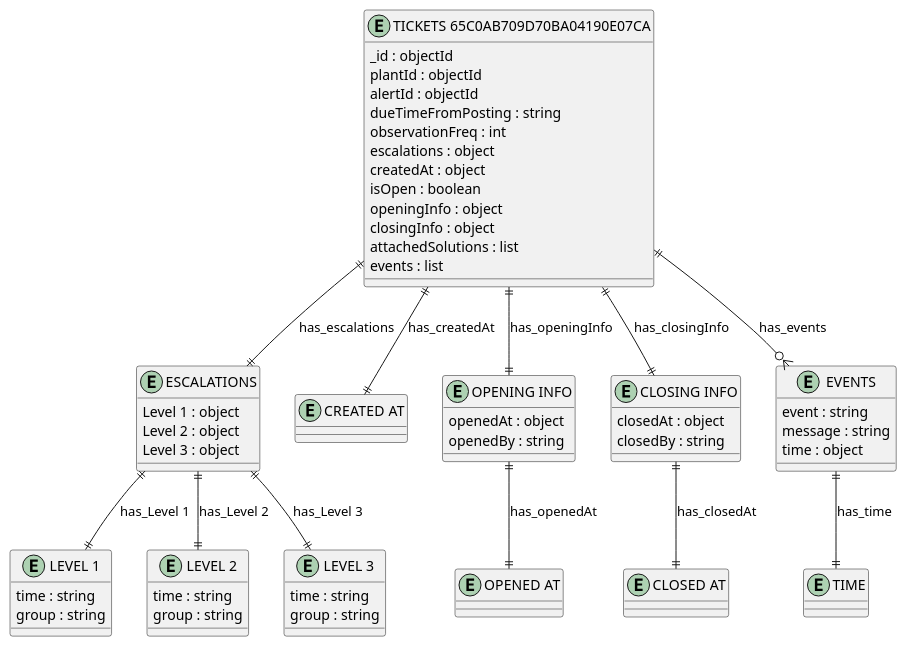
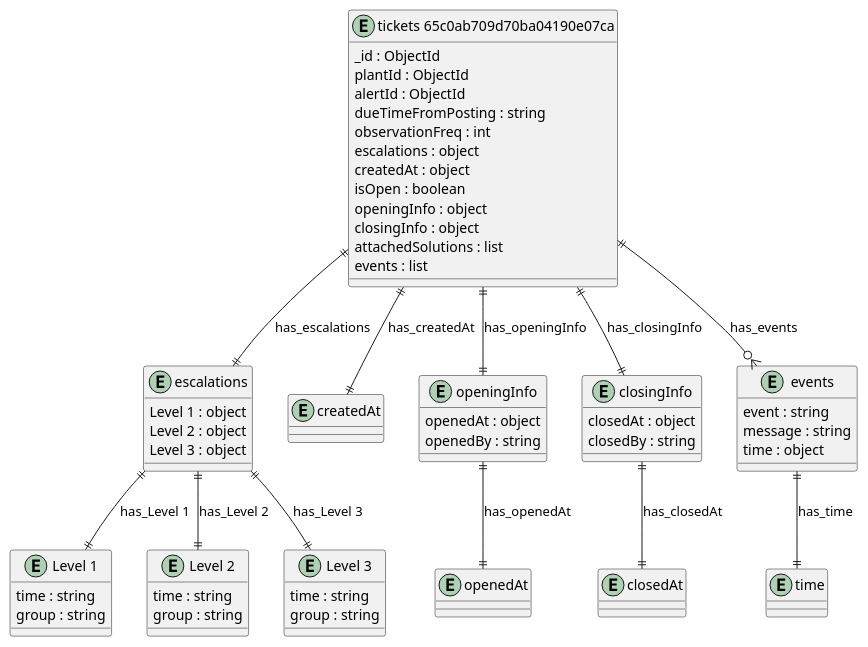
One commit to DigitalPaani/DigitalPaani_ERD changed the diagram in erd_output/TICKETS_65C0AB709D70BA04190E07CA.puml. Above: the diagram before and after it, drawn with PlantUML. The commit also changed 274 other files, not shown here.

Commit message:
fix: updated diagram and script

```diff
--- a/erd_output/TICKETS_65C0AB709D70BA04190E07CA.puml
+++ b/erd_output/TICKETS_65C0AB709D70BA04190E07CA.puml
@@ -1,79 +1,79 @@
-@startuml TICKETS_65C0AB709D70BA04190E07CA_Diagram
+@startuml tickets_65c0ab709d70ba04190e07ca_Diagram
 
-entity "TICKETS 65C0AB709D70BA04190E07CA" as TICKETS_65C0AB709D70BA04190E07CA {
-  _id : objectId
-  plantId : objectId
-  alertId : objectId
+entity "tickets 65c0ab709d70ba04190e07ca" as tickets_65c0ab709d70ba04190e07ca {
+  _id : ObjectId
+  plantId : ObjectId
+  alertId : ObjectId
   dueTimeFromPosting : string
   observationFreq : int
   escalations : object
   createdAt : object
   isOpen : boolean
   openingInfo : object
   closingInfo : object
   attachedSolutions : list
   events : list
 }
 
-entity "ESCALATIONS" as ESCALATIONS {
+entity "escalations" as escalations {
   Level 1 : object
   Level 2 : object
   Level 3 : object
 }
 
-entity "LEVEL 1" as LEVEL_1 {
+entity "Level 1" as Level_1 {
   time : string
   group : string
 }
 
-entity "LEVEL 2" as LEVEL_2 {
+entity "Level 2" as Level_2 {
   time : string
   group : string
 }
 
-entity "LEVEL 3" as LEVEL_3 {
+entity "Level 3" as Level_3 {
   time : string
   group : string
 }
 
-entity "CREATED AT" as CREATED_AT {
+entity "createdAt" as createdAt {
 }
 
-entity "OPENING INFO" as OPENING_INFO {
+entity "openingInfo" as openingInfo {
   openedAt : object
   openedBy : string
 }
 
-entity "OPENED AT" as OPENED_AT {
+entity "openedAt" as openedAt {
 }
 
-entity "CLOSING INFO" as CLOSING_INFO {
+entity "closingInfo" as closingInfo {
   closedAt : object
   closedBy : string
 }
 
-entity "CLOSED AT" as CLOSED_AT {
+entity "closedAt" as closedAt {
 }
 
-entity "EVENTS" as EVENTS {
+entity "events" as events {
   event : string
   message : string
   time : object
 }
 
-entity "TIME" as TIME {
+entity "time" as time {
 }
 
 ' // Relationships
-TICKETS_65C0AB709D70BA04190E07CA ||--|| ESCALATIONS : has_escalations
-ESCALATIONS ||--|| LEVEL_1 : has_Level 1
-ESCALATIONS ||--|| LEVEL_2 : has_Level 2
-ESCALATIONS ||--|| LEVEL_3 : has_Level 3
-TICKETS_65C0AB709D70BA04190E07CA ||--|| CREATED_AT : has_createdAt
-TICKETS_65C0AB709D70BA04190E07CA ||--|| OPENING_INFO : has_openingInfo
-OPENING_INFO ||--|| OPENED_AT : has_openedAt
-TICKETS_65C0AB709D70BA04190E07CA ||--|| CLOSING_INFO : has_closingInfo
-CLOSING_INFO ||--|| CLOSED_AT : has_closedAt
-TICKETS_65C0AB709D70BA04190E07CA ||--o{ EVENTS : has_events
-EVENTS ||--|| TIME : has_time
+tickets_65c0ab709d70ba04190e07ca ||--|| escalations : has_escalations
+escalations ||--|| Level_1 : has_Level 1
+escalations ||--|| Level_2 : has_Level 2
+escalations ||--|| Level_3 : has_Level 3
+tickets_65c0ab709d70ba04190e07ca ||--|| createdAt : has_createdAt
+tickets_65c0ab709d70ba04190e07ca ||--|| openingInfo : has_openingInfo
+openingInfo ||--|| openedAt : has_openedAt
+tickets_65c0ab709d70ba04190e07ca ||--|| closingInfo : has_closingInfo
+closingInfo ||--|| closedAt : has_closedAt
+tickets_65c0ab709d70ba04190e07ca ||--o{ events : has_events
+events ||--|| time : has_time
 @enduml
```
